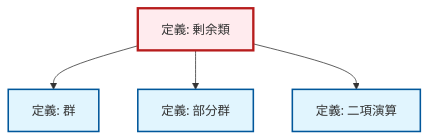
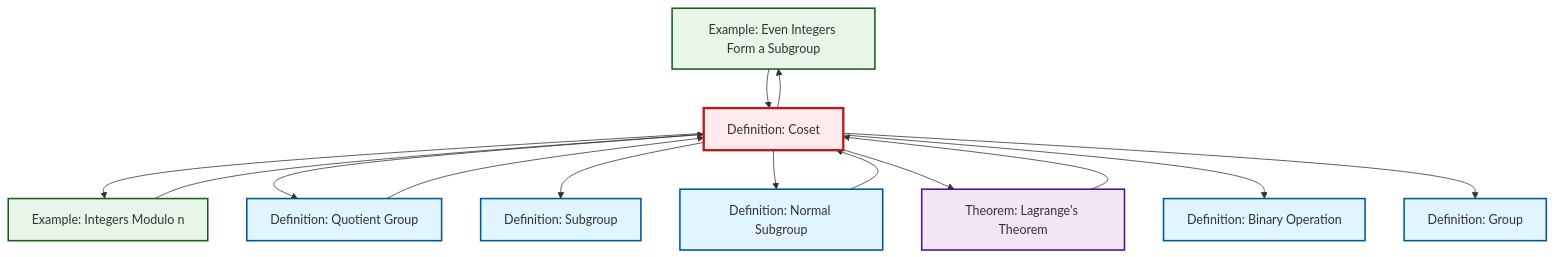
The diagram in content/ja/algebra/def-coset.qmd (RK0429/ModernMath), drawn with Mermaid before and after one commit. The commit also changed other lines of this file and 417 other files, not shown here.

````diff
--- a/content/ja/algebra/def-coset.qmd
+++ b/content/ja/algebra/def-coset.qmd
@@ -157,20 +157,40 @@
 ```{mermaid}
-%%| fig-cap: "局所依存関係グラフ"
+%%| fig-cap: "Local dependency graph"
 graph TD
     classDef definition fill:#e1f5fe,stroke:#01579b,stroke-width:2px
     classDef theorem fill:#f3e5f5,stroke:#4a148c,stroke-width:2px
     classDef axiom fill:#fff3e0,stroke:#e65100,stroke-width:2px
     classDef example fill:#e8f5e9,stroke:#1b5e20,stroke-width:2px
     classDef current fill:#ffebee,stroke:#b71c1c,stroke-width:3px
-    def-coset["定義: 剰余類"]:::current
-    def-group["定義: 群"]:::definition
-    def-subgroup["定義: 部分群"]:::definition
-    def-binary-operation["定義: 二項演算"]:::definition
+    ex-even-integers-subgroup["Example: Even Integers Form a Subgroup"]:::example
+    def-coset["Definition: Coset"]:::definition
+    def-normal-subgroup["Definition: Normal Subgroup"]:::definition
+    ex-quotient-integers-mod-n["Example: Integers Modulo n"]:::example
+    def-binary-operation["Definition: Binary Operation"]:::definition
+    def-quotient-group["Definition: Quotient Group"]:::definition
+    def-subgroup["Definition: Subgroup"]:::definition
+    def-group["Definition: Group"]:::definition
+    thm-lagrange["Theorem: Lagrange's Theorem"]:::theorem
+    ex-quotient-integers-mod-n --> def-coset
+    def-coset --> ex-even-integers-subgroup
+    def-coset --> ex-quotient-integers-mod-n
+    def-coset --> def-quotient-group
+    def-coset --> def-subgroup
+    thm-lagrange --> def-coset
+    def-coset --> def-normal-subgroup
+    def-normal-subgroup --> def-coset
+    def-coset --> thm-lagrange
+    ex-even-integers-subgroup --> def-coset
+    def-coset --> def-binary-operation
+    def-quotient-group --> def-coset
     def-coset --> def-group
-    def-coset --> def-subgroup
-    def-coset --> def-binary-operation
     class def-coset current
-    click def-group "def-group.html" "群の定義へ"
-    click def-subgroup "def-subgroup.html" "部分群の定義へ"
-    click def-binary-operation "def-binary-operation.html" "二項演算の定義へ"
+    click ex-even-integers-subgroup "ex-even-integers-subgroup.html" "Example: Even Integers Form a Subgroupへ"
+    click def-normal-subgroup "def-normal-subgroup.html" "Definition: Normal Subgroupへ"
+    click ex-quotient-integers-mod-n "ex-quotient-integers-mod-n.html" "Example: Integers Modulo nへ"
+    click def-binary-operation "def-binary-operation.html" "Definition: Binary Operationへ"
+    click def-quotient-group "def-quotient-group.html" "Definition: Quotient Groupへ"
+    click def-subgroup "def-subgroup.html" "Definition: Subgroupへ"
+    click def-group "def-group.html" "Definition: Groupへ"
+    click thm-lagrange "thm-lagrange.html" "Theorem: Lagrange's Theoremへ"
 ```
````
